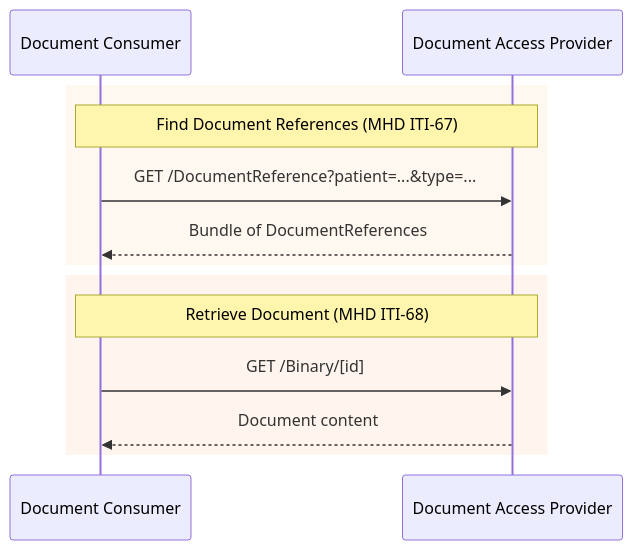
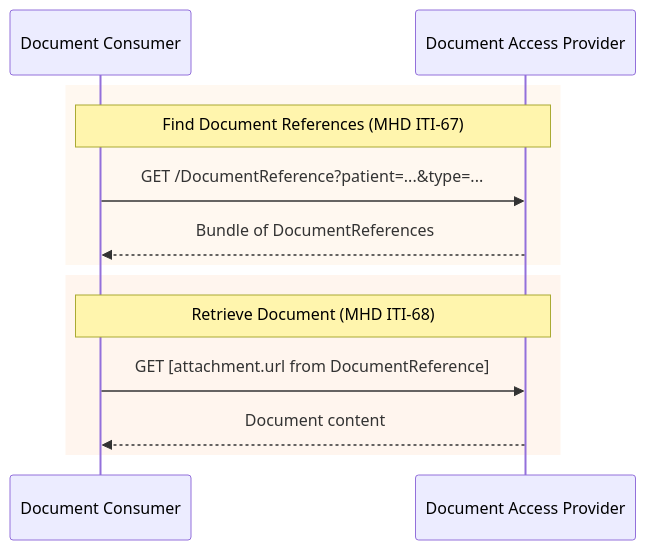
The diagram in input/pagecontent/document-exchange.md (euridice-org/jwg-api), drawn with Mermaid before and after one commit. The commit also changed other lines of this file and 4 other files, not shown here.

````diff
--- a/input/pagecontent/document-exchange.md
+++ b/input/pagecontent/document-exchange.md
@@ -25,17 +27,17 @@
 ```mermaid
 sequenceDiagram
     participant Consumer as Document Consumer
     participant Provider as Document Access Provider
 
     rect rgb(255, 248, 240)
     Note over Consumer,Provider: Find Document References (MHD ITI-67)
     Consumer->>Provider: GET /DocumentReference?patient=...&type=...
     Provider-->>Consumer: Bundle of DocumentReferences
     end
 
     rect rgb(255, 245, 238)
     Note over Consumer,Provider: Retrieve Document (MHD ITI-68)
-    Consumer->>Provider: GET /Binary/[id]
+    Consumer->>Provider: GET [attachment.url from DocumentReference]
     Provider-->>Consumer: Document content
     end
 ```
````
